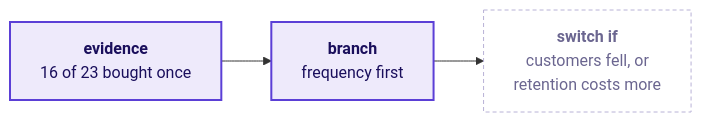
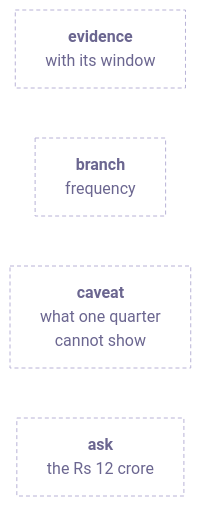
Before and after one commit to fde-academy-lab/c2-content-factory: the ninth of 20 diagrams in content/W01/D1/slides/C2_W01_D01_half2_STUDENT.md, drawn with Mermaid. The commit also changed other lines of this file and 22 other files, not shown here.

````diff
--- a/content/W01/D1/slides/C2_W01_D01_half2_STUDENT.md
+++ b/content/W01/D1/slides/C2_W01_D01_half2_STUDENT.md
@@ -181,9 +524,9 @@
 ```mermaid
 flowchart LR
-    E["<b>evidence</b><br/>16 of 23 bought once"] --> B["<b>branch</b><br/>frequency first"]
-    B --> S["<b>switch if</b><br/>customers fell, or<br/>retention costs more"]
-    classDef known fill:#EEEAFB,stroke:#5B3FD6,color:#1A0F5C,stroke-width:2px
+    E["<b>evidence</b><br/>with its window"]
+    B["<b>branch</b><br/>frequency"]
+    C["<b>caveat</b><br/>what one quarter<br/>cannot show"]
+    A["<b>ask</b><br/>the Rs 12 crore"]
     classDef unknown fill:#FFFFFF,stroke:#B8B2D6,color:#6B6690,stroke-dasharray:4 3
-    class E,B known
-    class S unknown
+    class E,B,C,A unknown
 ```
````
